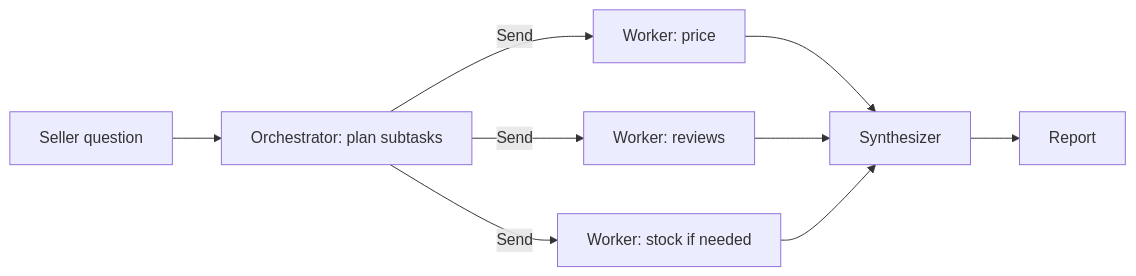
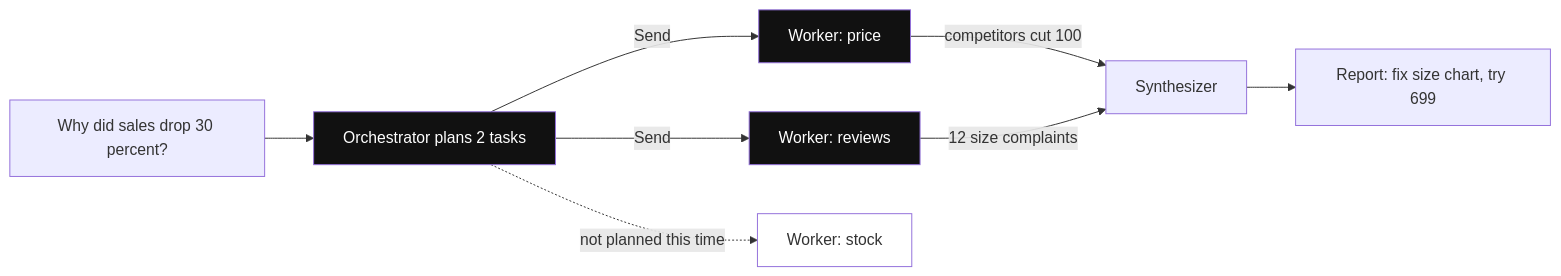
Before and after one commit to flow6979/viewinter: the eighth of 10 diagrams in content-en/11-agentic/03-workflow-patterns.md, drawn with Mermaid. The commit also changed other lines of this file and 85 other files, not shown here.

First line of the commit message:
AI + RAG content: add diagrams across every page (196 -> 513)

````diff
--- a/content-en/11-agentic/03-workflow-patterns.md
+++ b/content-en/11-agentic/03-workflow-patterns.md
@@ -463,11 +495,12 @@
 ```mermaid
 flowchart LR
-    I["Seller question"] --> O["Orchestrator: plan subtasks"]
-    O -->|Send| W1["Worker: price"]
-    O -->|Send| W2["Worker: reviews"]
-    O -->|Send| W3["Worker: stock if needed"]
-    W1 --> SY["Synthesizer"]
-    W2 --> SY
-    W3 --> SY
-    SY --> E["Report"]
+    I["Why did sales drop 30 percent?"] --> O["Orchestrator plans 2 tasks"]:::hot
+    O -->|Send| W1["Worker: price"]:::hot
+    O -->|Send| W2["Worker: reviews"]:::hot
+    O -.->|not planned this time| W3["Worker: stock"]:::dim
+    W1 -->|competitors cut 100| SY["Synthesizer"]
+    W2 -->|12 size complaints| SY
+    SY --> E["Report: fix size chart, try 699"]
+    classDef hot fill:#111,color:#fff
+    classDef dim fill:#fff
 ```
````
